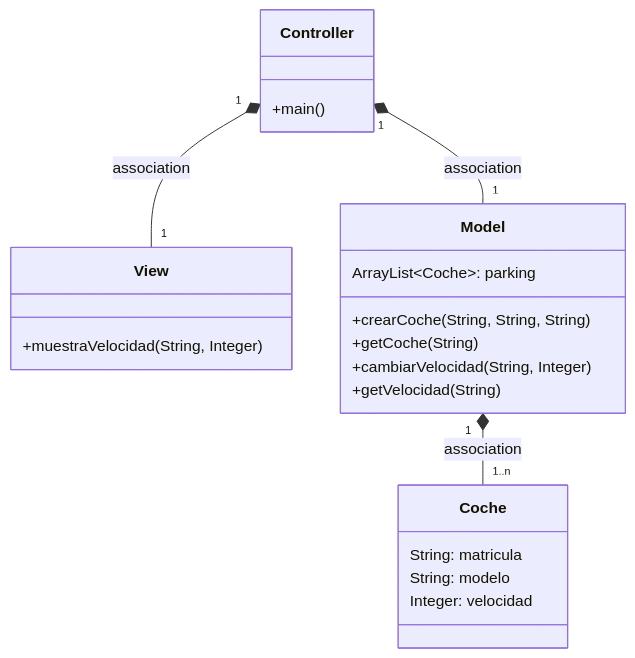
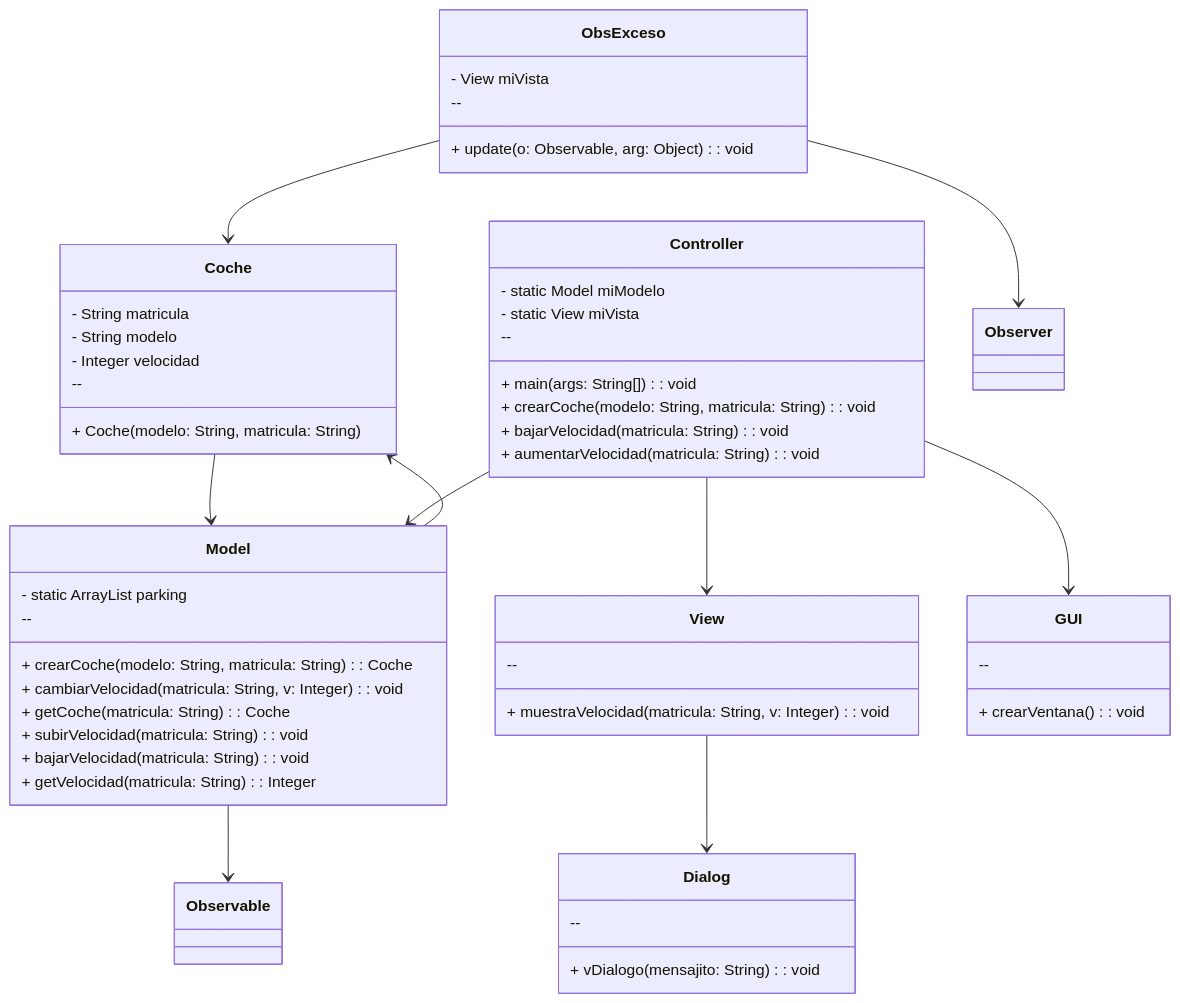
One commit to JorgeUsatorre/MVC_coches changed the first of 3 diagrams in Readme.md. Above: the diagram before and after it, drawn with Mermaid. The commit also changed other lines of this file, not shown here.

Commit message:
Modificacion Diagramas Readme

````diff
--- a/Readme.md
+++ b/Readme.md
@@ -15,23 +15,62 @@
 ```mermaid
 classDiagram
     class Coche {
-        String: matricula
-        String: modelo
-        Integer: velocidad
+        - String matricula
+        - String modelo
+        - Integer velocidad
+        --
+        + Coche(modelo: String, matricula: String)
     }
-      class Controller{
-          +main()
-      }
-      class View {+muestraVelocidad(String, Integer)}
-      class Model {
-          ArrayList~Coche~: parking
-          +crearCoche(String, String, String)
-          +getCoche(String)
-          +cambiarVelocidad(String, Integer)
-          +getVelocidad(String)
-      }
-    Controller "1" *-- "1" Model : association
-    Controller "1" *-- "1" View : association
-    Model "1" *-- "1..n" Coche : association
-      
+
+    class Controller {
+        - static Model miModelo
+        - static View miVista
+        --
+        + main(args: String[]): void
+        + crearCoche(modelo: String, matricula: String): void
+        + bajarVelocidad(matricula: String): void
+        + aumentarVelocidad(matricula: String): void
+    }
+
+    class Model {
+        - static ArrayList<Coche> parking
+        --
+        + crearCoche(modelo: String, matricula: String): Coche
+        + cambiarVelocidad(matricula: String, v: Integer): void
+        + getCoche(matricula: String): Coche
+        + subirVelocidad(matricula: String): void
+        + bajarVelocidad(matricula: String): void
+        + getVelocidad(matricula: String): Integer
+    }
+    
+    class View {
+        --
+        + muestraVelocidad(matricula: String, v: Integer): void
+    }
+
+    class ObsExceso {
+        - View miVista
+        --
+        + update(o: Observable, arg: Object): void
+    }
+
+    class GUI {
+        --
+        + crearVentana(): void
+    }
+
+    class Dialog {
+        --
+        + vDialogo(mensajito: String): void
+    }
+
+    Coche --> Model
+    Controller --> Model
+    Controller --> View
+    Controller --> GUI
+    Model --> Coche
+    Model --> Observable
+    View --> Dialog
+    ObsExceso --> Observer
+    ObsExceso --> Coche
 ```
````
